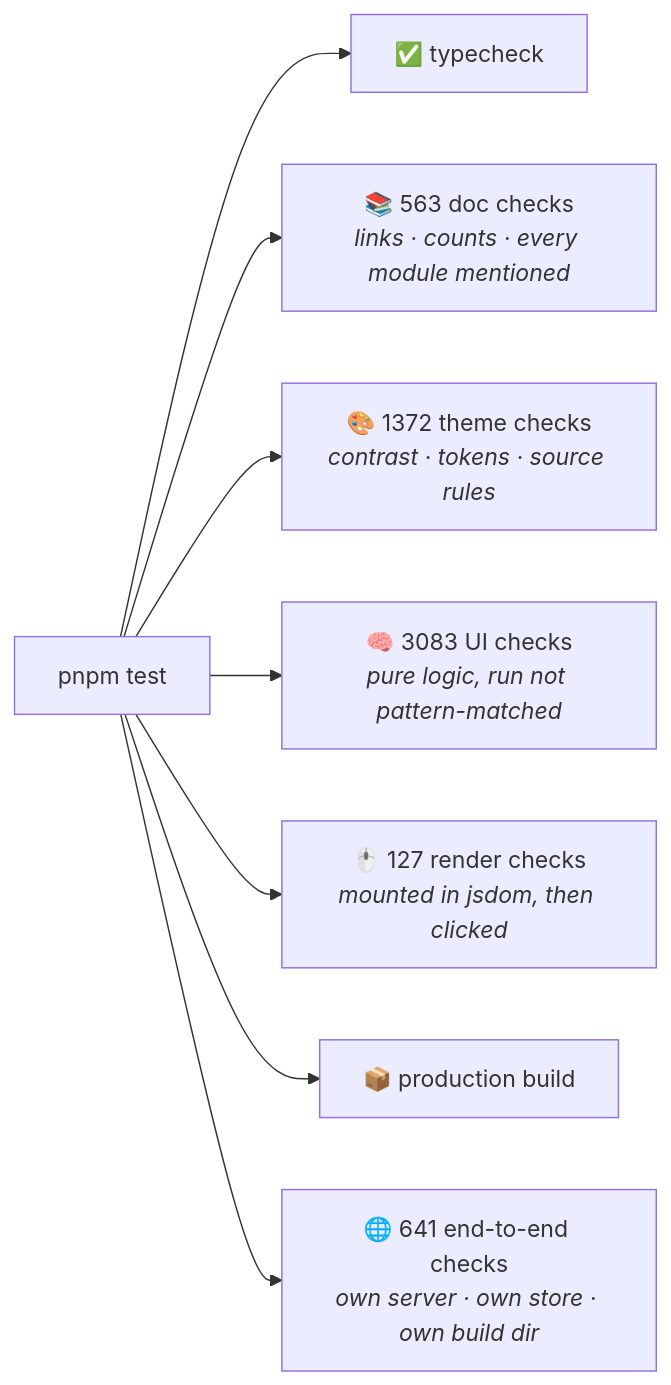
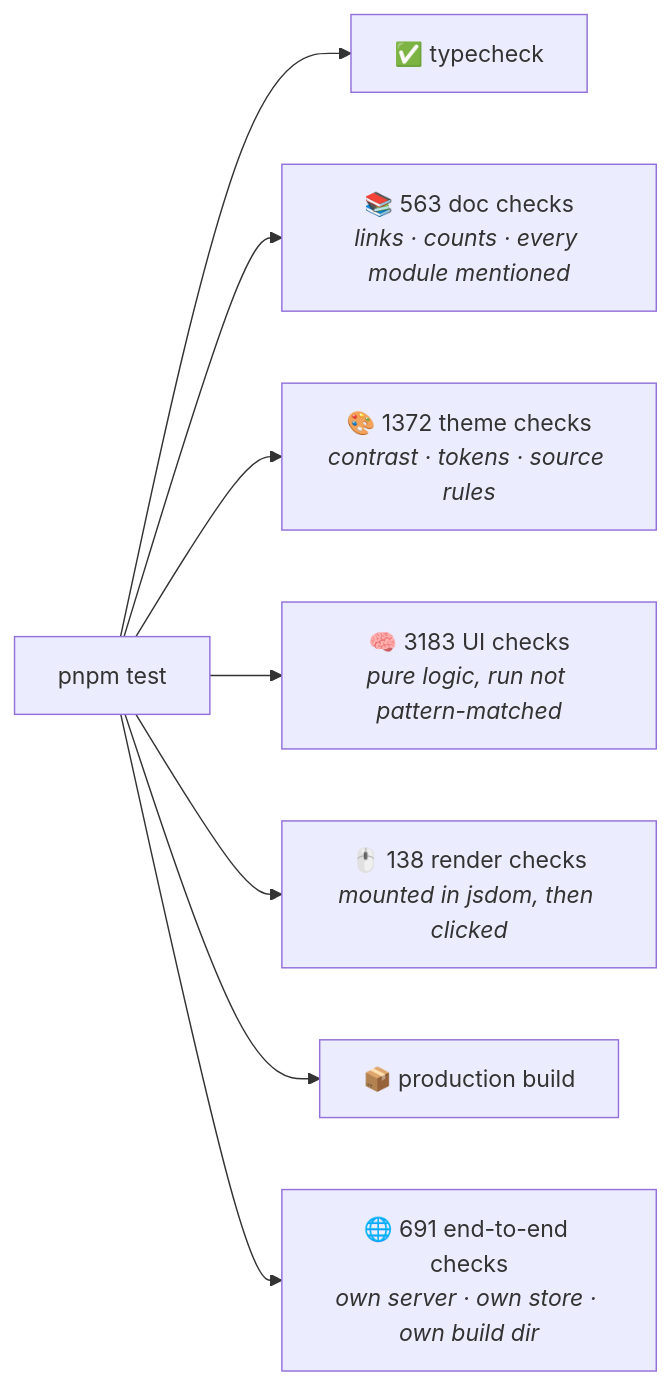
One commit to vikrant111/tracker-dashboard changed the eighth of 8 diagrams in README.md. Above: the diagram before and after it, drawn with Mermaid. The commit also changed other lines of this file and 19 other files, not shown here.

````diff
--- a/README.md
+++ b/README.md
@@ -422,10 +433,10 @@
 ```mermaid
 graph LR
     T["pnpm test"] --> TS["✅ typecheck"]
     T --> DOC["📚 563 doc checks<br/><i>links · counts · every module mentioned</i>"]
     T --> TH["🎨 1372 theme checks<br/><i>contrast · tokens · source rules</i>"]
-    T --> UI["🧠 3083 UI checks<br/><i>pure logic, run not pattern-matched</i>"]
-    T --> RN["🖱️ 127 render checks<br/><i>mounted in jsdom, then clicked</i>"]
+    T --> UI["🧠 3183 UI checks<br/><i>pure logic, run not pattern-matched</i>"]
+    T --> RN["🖱️ 138 render checks<br/><i>mounted in jsdom, then clicked</i>"]
     T --> BLD["📦 production build"]
-    T --> E2E["🌐 641 end-to-end checks<br/><i>own server · own store · own build dir</i>"]
+    T --> E2E["🌐 691 end-to-end checks<br/><i>own server · own store · own build dir</i>"]
 ```
````
